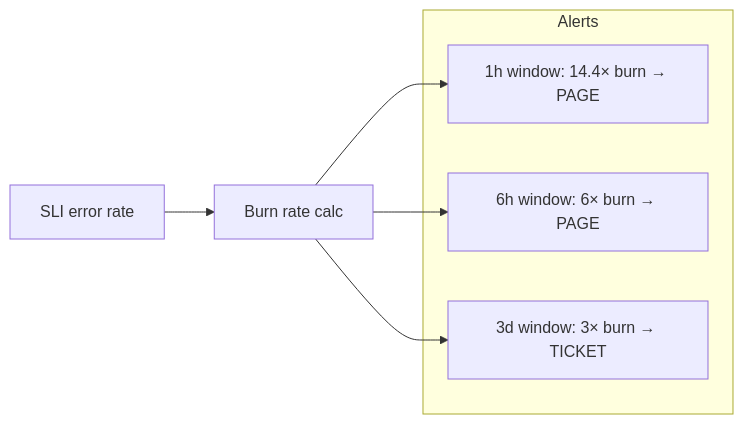
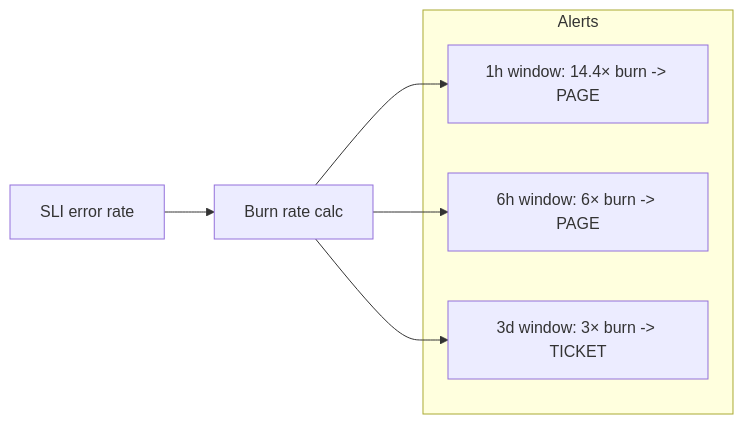
Before and after one commit to hareramcse/SystemDesign: diagram 16 of 20 in 09-observability/README.md, drawn with Mermaid. The commit also changed other lines of this file and 14 other files, not shown here.

````diff
--- a/09-observability/README.md
+++ b/09-observability/README.md
@@ -989,10 +989,10 @@
 ```mermaid
 flowchart LR
     subgraph Alerts
-        B1["1h window: 14.4× burn → PAGE"]
-        B2["6h window: 6× burn → PAGE"]
-        B3["3d window: 3× burn → TICKET"]
+        B1["1h window: 14.4× burn -> PAGE"]
+        B2["6h window: 6× burn -> PAGE"]
+        B3["3d window: 3× burn -> TICKET"]
     end
     SLI[SLI error rate] --> Burn[Burn rate calc]
     Burn --> B1 & B2 & B3
 ```
````
